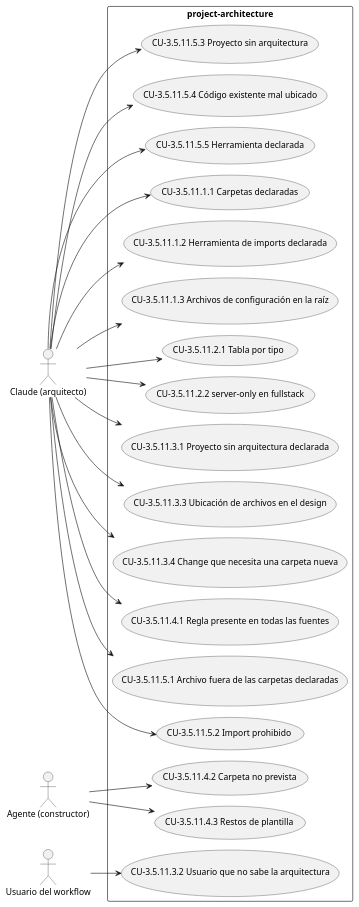
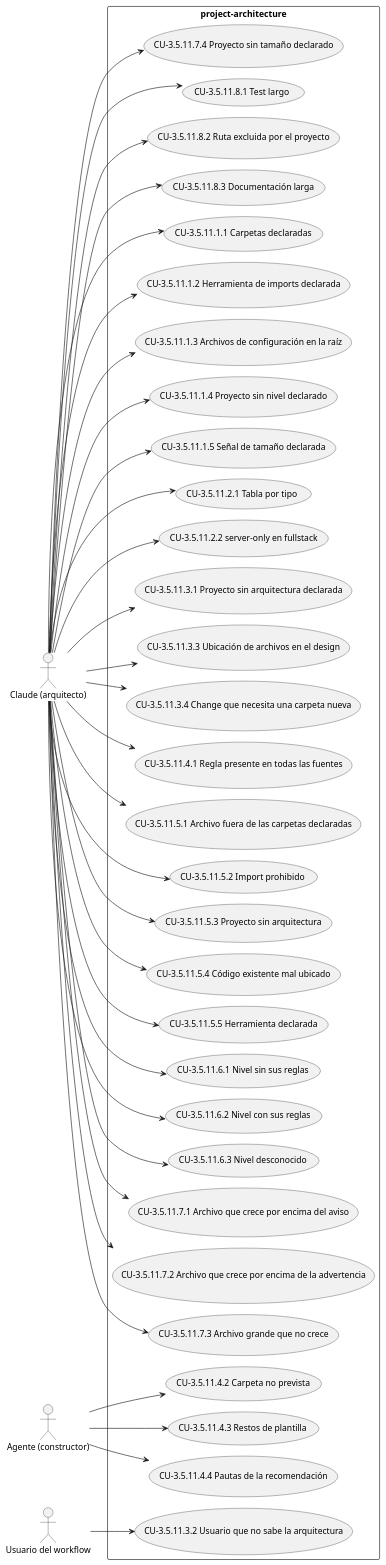
One commit to Lautaro-Montecchiani/sdd-global-config changed the diagram in docs/diagramas/CAP-3.5.11.puml. Above: the diagram before and after it, drawn with PlantUML. The commit also changed 6 other files, not shown here.

```diff
--- a/docs/diagramas/CAP-3.5.11.puml
+++ b/docs/diagramas/CAP-3.5.11.puml
@@ -1,43 +1,69 @@
 @startuml
 !pragma layout smetana
 left to right direction
 actor "Claude (arquitecto)" as A1
 actor "Agente (constructor)" as A2
 actor "Usuario del workflow" as A3
 rectangle "project-architecture" {
   usecase "CU-3.5.11.1.1 Carpetas declaradas" as UC_3_5_11_1_1
   usecase "CU-3.5.11.1.2 Herramienta de imports declarada" as UC_3_5_11_1_2
   usecase "CU-3.5.11.1.3 Archivos de configuración en la raíz" as UC_3_5_11_1_3
+  usecase "CU-3.5.11.1.4 Proyecto sin nivel declarado" as UC_3_5_11_1_4
+  usecase "CU-3.5.11.1.5 Señal de tamaño declarada" as UC_3_5_11_1_5
   usecase "CU-3.5.11.2.1 Tabla por tipo" as UC_3_5_11_2_1
   usecase "CU-3.5.11.2.2 server-only en fullstack" as UC_3_5_11_2_2
   usecase "CU-3.5.11.3.1 Proyecto sin arquitectura declarada" as UC_3_5_11_3_1
   usecase "CU-3.5.11.3.2 Usuario que no sabe la arquitectura" as UC_3_5_11_3_2
   usecase "CU-3.5.11.3.3 Ubicación de archivos en el design" as UC_3_5_11_3_3
   usecase "CU-3.5.11.3.4 Change que necesita una carpeta nueva" as UC_3_5_11_3_4
   usecase "CU-3.5.11.4.1 Regla presente en todas las fuentes" as UC_3_5_11_4_1
   usecase "CU-3.5.11.4.2 Carpeta no prevista" as UC_3_5_11_4_2
   usecase "CU-3.5.11.4.3 Restos de plantilla" as UC_3_5_11_4_3
+  usecase "CU-3.5.11.4.4 Pautas de la recomendación" as UC_3_5_11_4_4
   usecase "CU-3.5.11.5.1 Archivo fuera de las carpetas declaradas" as UC_3_5_11_5_1
   usecase "CU-3.5.11.5.2 Import prohibido" as UC_3_5_11_5_2
   usecase "CU-3.5.11.5.3 Proyecto sin arquitectura" as UC_3_5_11_5_3
   usecase "CU-3.5.11.5.4 Código existente mal ubicado" as UC_3_5_11_5_4
   usecase "CU-3.5.11.5.5 Herramienta declarada" as UC_3_5_11_5_5
+  usecase "CU-3.5.11.6.1 Nivel sin sus reglas" as UC_3_5_11_6_1
+  usecase "CU-3.5.11.6.2 Nivel con sus reglas" as UC_3_5_11_6_2
+  usecase "CU-3.5.11.6.3 Nivel desconocido" as UC_3_5_11_6_3
+  usecase "CU-3.5.11.7.1 Archivo que crece por encima del aviso" as UC_3_5_11_7_1
+  usecase "CU-3.5.11.7.2 Archivo que crece por encima de la advertencia" as UC_3_5_11_7_2
+  usecase "CU-3.5.11.7.3 Archivo grande que no crece" as UC_3_5_11_7_3
+  usecase "CU-3.5.11.7.4 Proyecto sin tamaño declarado" as UC_3_5_11_7_4
+  usecase "CU-3.5.11.8.1 Test largo" as UC_3_5_11_8_1
+  usecase "CU-3.5.11.8.2 Ruta excluida por el proyecto" as UC_3_5_11_8_2
+  usecase "CU-3.5.11.8.3 Documentación larga" as UC_3_5_11_8_3
 }
 A1 --> UC_3_5_11_1_1
 A1 --> UC_3_5_11_1_2
 A1 --> UC_3_5_11_1_3
+A1 --> UC_3_5_11_1_4
+A1 --> UC_3_5_11_1_5
 A1 --> UC_3_5_11_2_1
 A1 --> UC_3_5_11_2_2
 A1 --> UC_3_5_11_3_1
 A3 --> UC_3_5_11_3_2
 A1 --> UC_3_5_11_3_3
 A1 --> UC_3_5_11_3_4
 A1 --> UC_3_5_11_4_1
 A2 --> UC_3_5_11_4_2
 A2 --> UC_3_5_11_4_3
+A2 --> UC_3_5_11_4_4
 A1 --> UC_3_5_11_5_1
 A1 --> UC_3_5_11_5_2
 A1 --> UC_3_5_11_5_3
 A1 --> UC_3_5_11_5_4
 A1 --> UC_3_5_11_5_5
+A1 --> UC_3_5_11_6_1
+A1 --> UC_3_5_11_6_2
+A1 --> UC_3_5_11_6_3
+A1 --> UC_3_5_11_7_1
+A1 --> UC_3_5_11_7_2
+A1 --> UC_3_5_11_7_3
+A1 --> UC_3_5_11_7_4
+A1 --> UC_3_5_11_8_1
+A1 --> UC_3_5_11_8_2
+A1 --> UC_3_5_11_8_3
 @enduml
```
